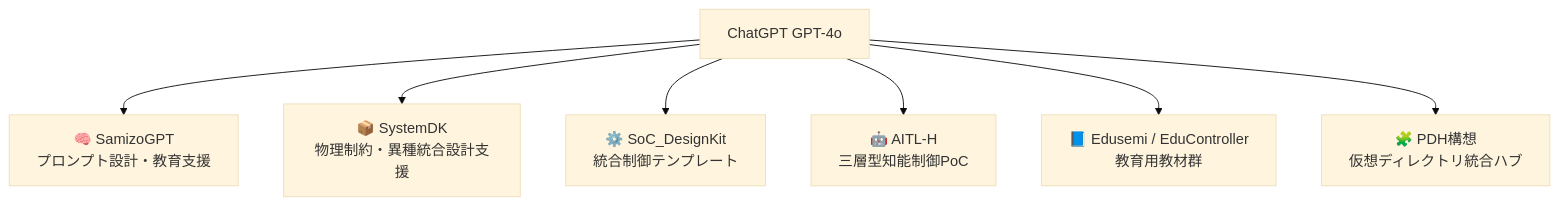
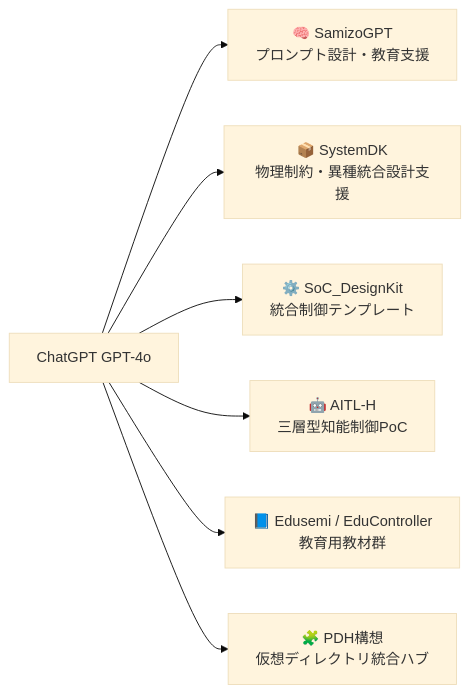
The diagram in about/openai-message/index.md (Samizo-AITL/Samizo-AITL.github.io), drawn with Mermaid (base theme) before and after one commit.

````diff
--- a/about/openai-message/index.md
+++ b/about/openai-message/index.md
@@ -30,9 +30,9 @@
 ```mermaid
-flowchart TD
+flowchart LR
     A[ChatGPT GPT-4o] --> B[🧠 SamizoGPT<br/>プロンプト設計・教育支援]
     A --> C[📦 SystemDK<br/>物理制約・異種統合設計支援]
     A --> D[⚙️ SoC_DesignKit<br/>統合制御テンプレート]
     A --> E[🤖 AITL-H<br/>三層型知能制御PoC]
     A --> F[📘 Edusemi / EduController<br/>教育用教材群]
     A --> G[🧩 PDH構想<br/>仮想ディレクトリ統合ハブ]
 ```
````
